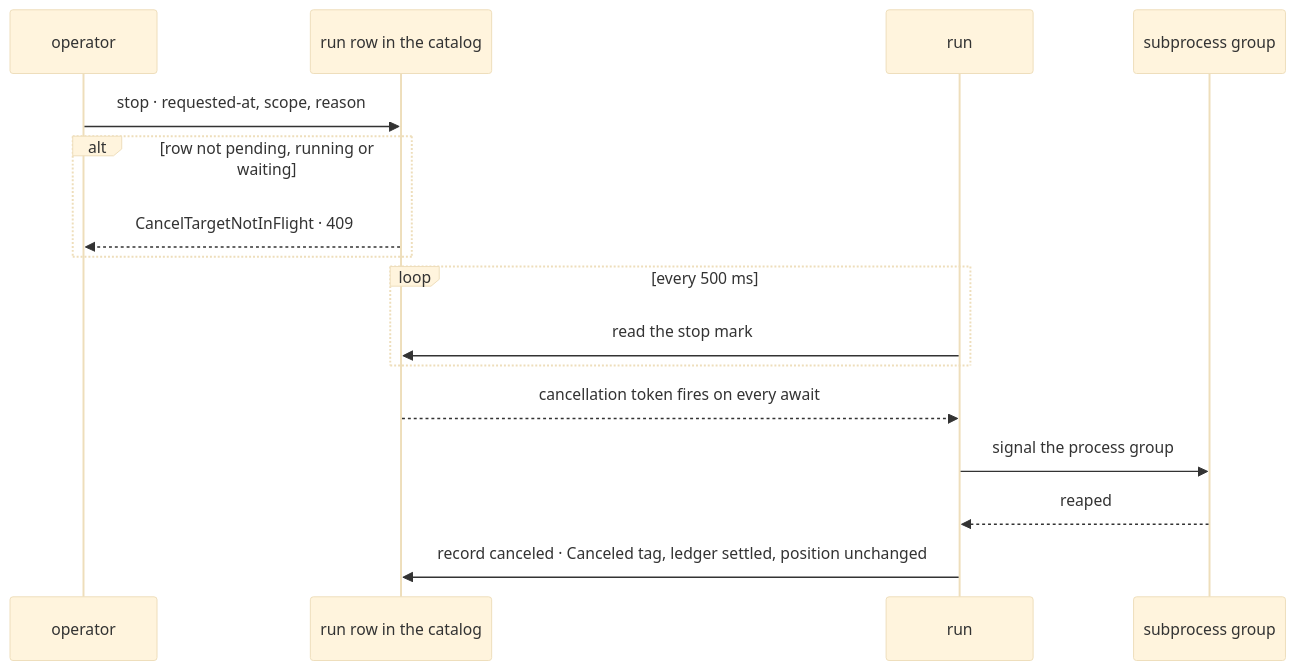
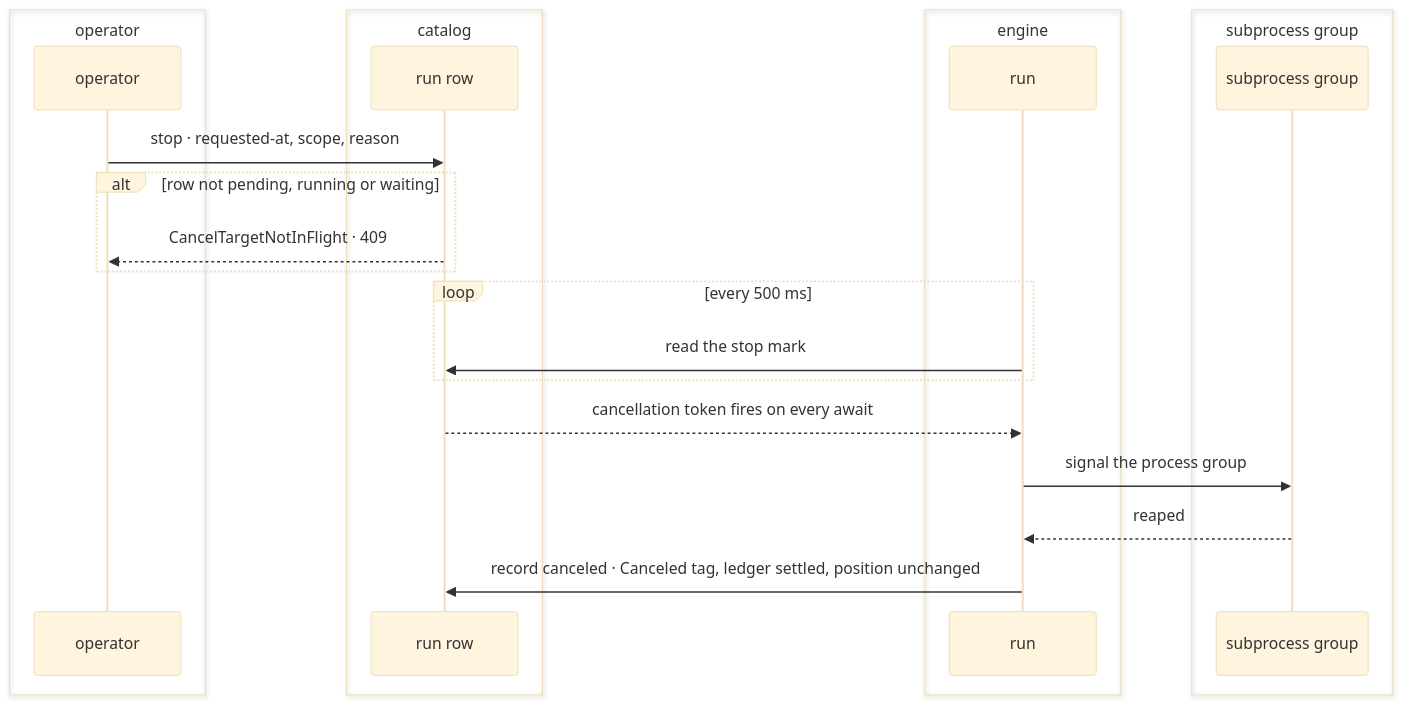
The fifth of 6 diagrams in spec/30-run.md (fractalboxdev/contextful), drawn with Mermaid (base theme) before and after one commit. The commit also changed other lines of this file and 33 other files, not shown here.

Commit message:
spec: diagrams draw contracts, parties and trust zones as containers; a node standing for one is refused

````diff
--- a/spec/30-run.md
+++ b/spec/30-run.md
@@ -253,18 +279,26 @@
 ```mermaid
 sequenceDiagram
-  participant O as operator
-  participant C as run row in the catalog
-  participant R as run
-  participant G as subprocess group
+  box operator
+    participant O as operator
+  end
+  box catalog
+    participant C as run row
+  end
+  box engine
+    participant R as run
+  end
+  box subprocess group
+    participant G as subprocess group
+  end
   O->>C: stop · requested-at, scope, reason
   alt row not pending, running or waiting
     C-->>O: CancelTargetNotInFlight · 409
   end
   loop every 500 ms
     R->>C: read the stop mark
   end
   C-->>R: cancellation token fires on every await
   R->>G: signal the process group
   G-->>R: reaped
   R->>C: record canceled · Canceled tag, ledger settled, position unchanged
 ```
````
